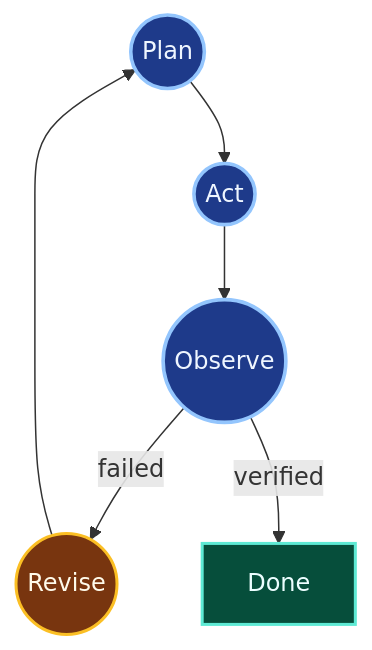
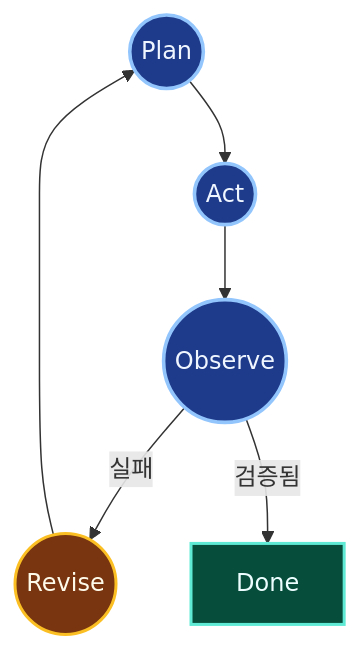
The sixth of 14 diagrams in content/decks/ai-agent-effective-use/mermaid-diagrams.md (koalav/present-anyything), drawn with Mermaid before and after one commit. The commit also changed other lines of this file and 19 other files, not shown here.

````diff
--- a/content/decks/ai-agent-effective-use/mermaid-diagrams.md
+++ b/content/decks/ai-agent-effective-use/mermaid-diagrams.md
@@ -158,11 +136,11 @@
 ```mermaid
 flowchart TB
   Plan((Plan)):::core --> Act((Act)):::core
   Act --> Observe((Observe)):::core
-  Observe -->|failed| Revise((Revise)):::warn
+  Observe -->|실패| Revise((Revise)):::warn
   Revise --> Plan
-  Observe -->|verified| Done[Done]:::success
+  Observe -->|검증됨| Done[Done]:::success
   classDef core fill:#1e3a8a,stroke:#93c5fd,color:#eff6ff,stroke-width:2.4px;
   classDef warn fill:#78350f,stroke:#fbbf24,color:#fffbeb,stroke-width:2px;
   classDef success fill:#064e3b,stroke:#5eead4,color:#ecfeff,stroke-width:2px;
 ```
````
